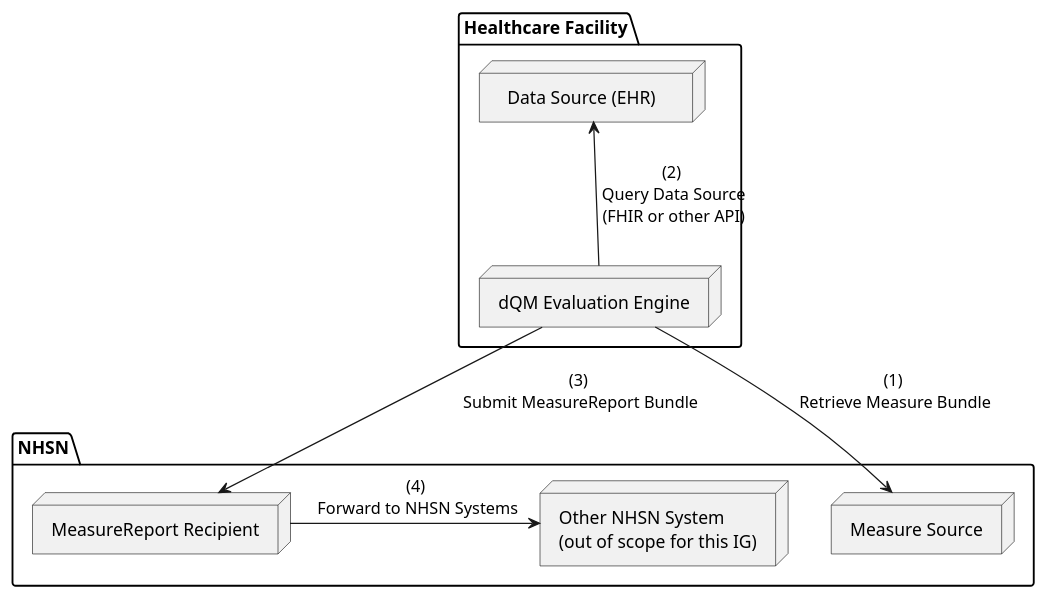
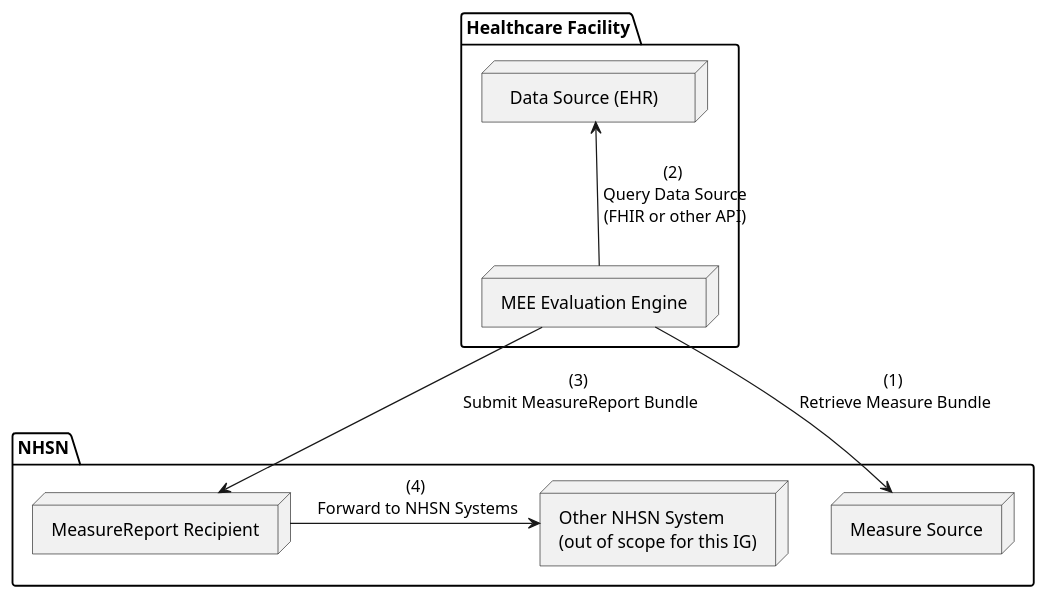
Before and after one commit to HL7/us-safr: the diagram in input/images-source/usfr-push-1.plantuml, drawn with PlantUML. The commit also changed 2 other files, not shown here.

Commit message:
Applied changes under FHIR-50477

```diff
--- a/input/images-source/usfr-push-1.plantuml
+++ b/input/images-source/usfr-push-1.plantuml
@@ -1,21 +1,21 @@
 @startuml
 
 package "Healthcare Facility" {
     node "  Data Source (EHR)    " as EHR
-    node "dQM Evaluation Engine" as dQM1
+    node "MEE Evaluation Engine" as MEE1
 }
 
 package "NHSN" {
     node "Other NHSN System\n(out of scope for this IG)" as other
     node "Measure Source" as MS
     node "MeasureReport Recipient" as Recipient
 }
 
-EHR <-down- dQM1 : (2)\n Query Data Source\n (FHIR or other API)
+EHR <-down- MEE1 : (2)\n Query Data Source\n (FHIR or other API)
 
-dQM1 -down-> MS : (1)\n Retrieve Measure Bundle
-dQM1 -right-> Recipient : (3)\n Submit MeasureReport Bundle
+MEE1 -down-> MS : (1)\n Retrieve Measure Bundle
+MEE1 -right-> Recipient : (3)\n Submit MeasureReport Bundle
 Recipient -right-> other : (4)\n Forward to NHSN Systems
 
 
 @enduml
```
